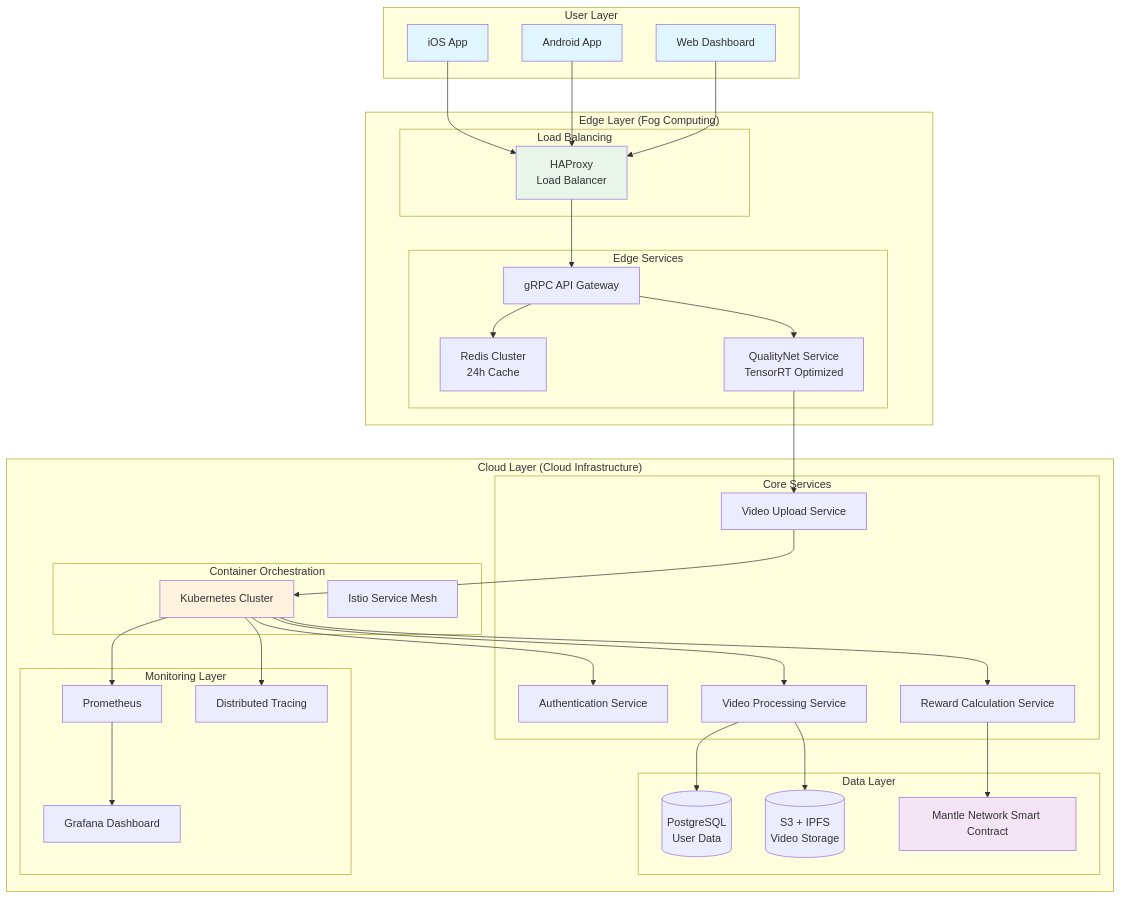
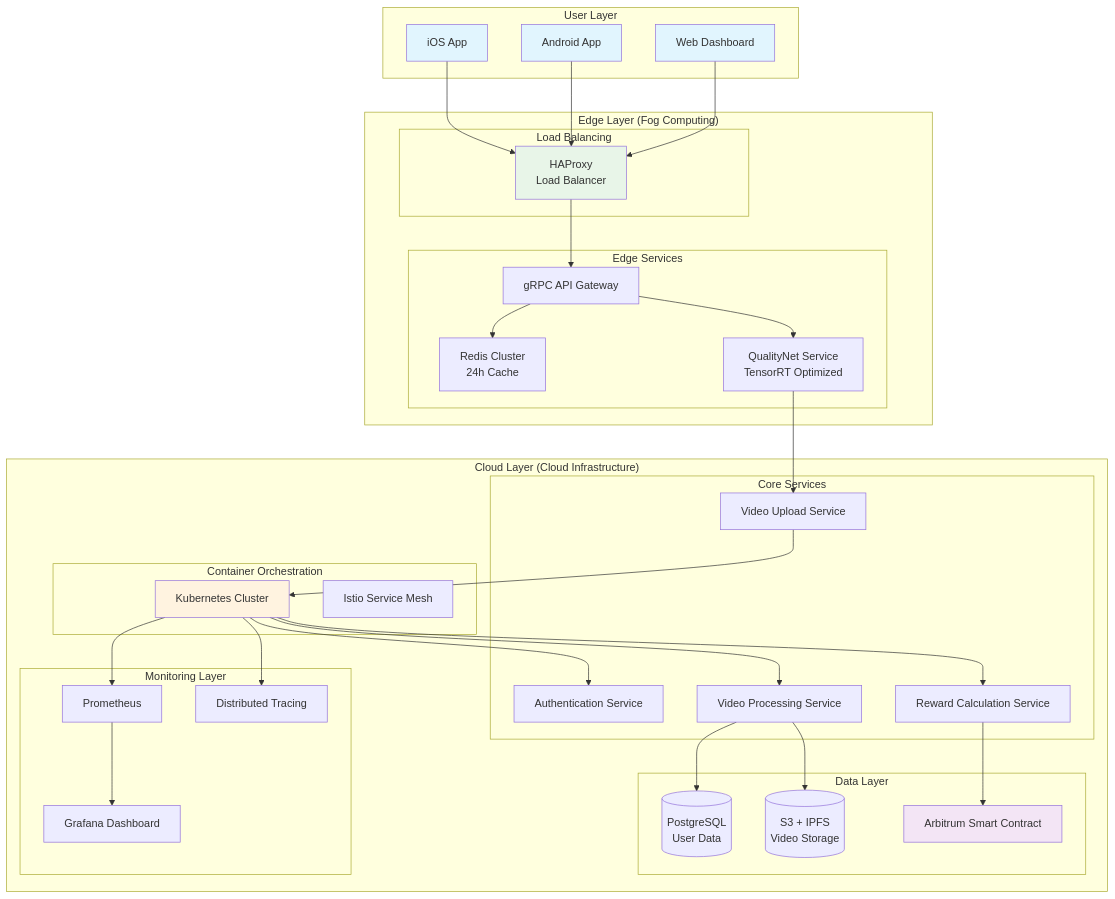
One commit to johnny9007025/humanoid-data-demo changed the third of 9 diagrams in chapter-4-technical-architecture.md. Above: the diagram before and after it, drawn with Mermaid. The commit also changed other lines of this file and 2 other files, not shown here.

````diff
--- a/chapter-4-technical-architecture.md
+++ b/chapter-4-technical-architecture.md
@@ -137,67 +137,67 @@
 ```mermaid
 graph TB
     subgraph "User Layer"
         U1[iOS App] 
         U2[Android App]
         U3[Web Dashboard]
     end
     
     subgraph "Edge Layer (Fog Computing)"
         subgraph "Load Balancing"
             LB[HAProxy<br/>Load Balancer]
         end
         subgraph "Edge Services"
             API[gRPC API Gateway]
             CACHE[Redis Cluster<br/>24h Cache]
             QS[QualityNet Service<br/>TensorRT Optimized]
         end
     end
     
     subgraph "Cloud Layer (Cloud Infrastructure)"
         subgraph "Container Orchestration"
             K8S[Kubernetes Cluster]
             ISTIO[Istio Service Mesh]
         end
         subgraph "Core Services"
             AUTH[Authentication Service]
             UPLOAD[Video Upload Service]
             PROCESS[Video Processing Service]
             REWARD[Reward Calculation Service]
         end
         subgraph "Data Layer"
             DB[(PostgreSQL<br/>User Data)]
             STORAGE[(S3 + IPFS<br/>Video Storage)]
-            BLOCKCHAIN[Mantle Network Smart Contract]
+            BLOCKCHAIN[Arbitrum Smart Contract]
         end
         subgraph "Monitoring Layer"
             MONITOR[Prometheus]
             GRAFANA[Grafana Dashboard]
             JAEGER[Distributed Tracing]
         end
     end
     
     U1 --> LB
     U2 --> LB
     U3 --> LB
     LB --> API
     API --> CACHE
     API --> QS
     QS --> UPLOAD
     UPLOAD --> K8S
     K8S --> AUTH
     K8S --> PROCESS
     K8S --> REWARD
     PROCESS --> DB
     PROCESS --> STORAGE
     REWARD --> BLOCKCHAIN
     K8S --> MONITOR
     MONITOR --> GRAFANA
     K8S --> JAEGER
     
     style U1 fill:#e1f5fe
     style U2 fill:#e1f5fe
     style U3 fill:#e1f5fe
     style LB fill:#e8f5e8
     style K8S fill:#fff3e0
     style BLOCKCHAIN fill:#f3e5f5
 ```
````
